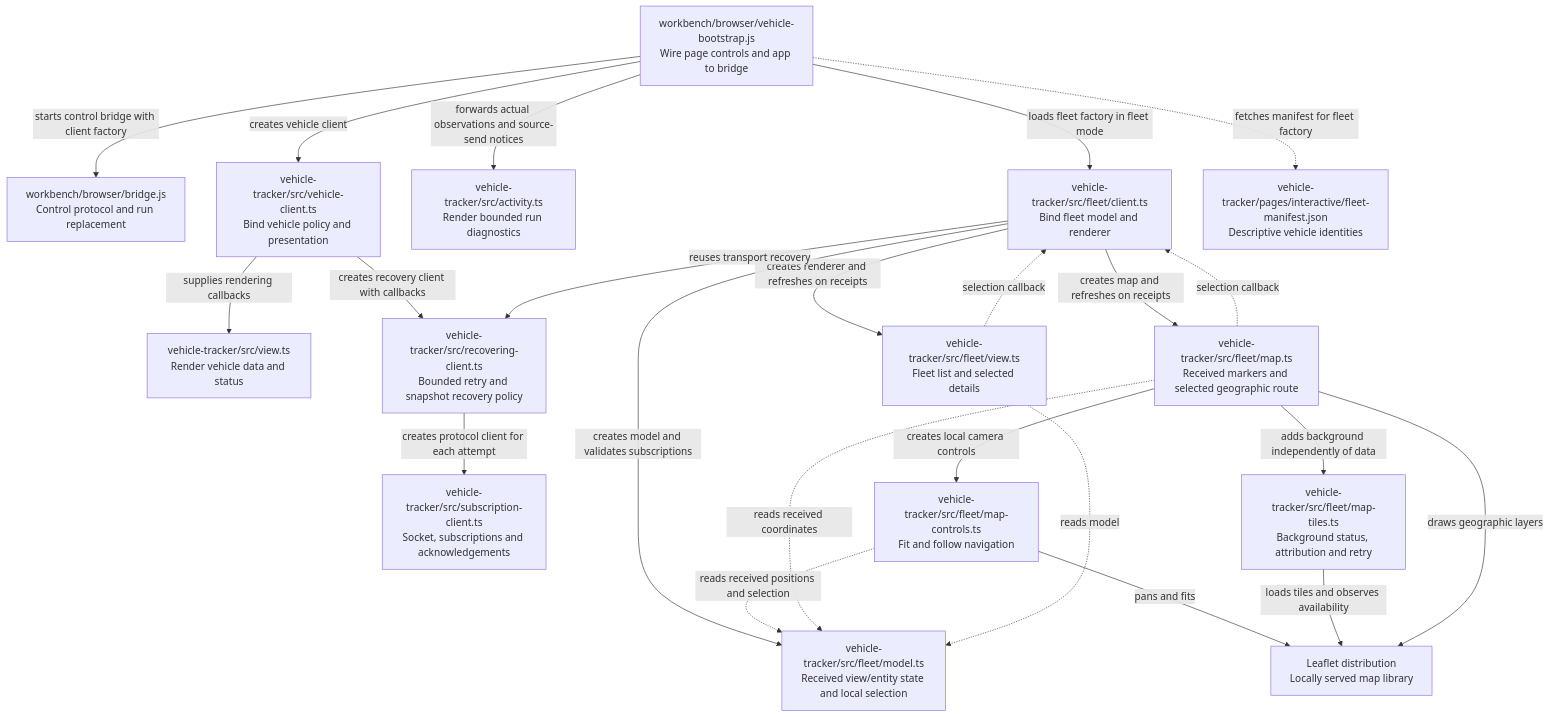
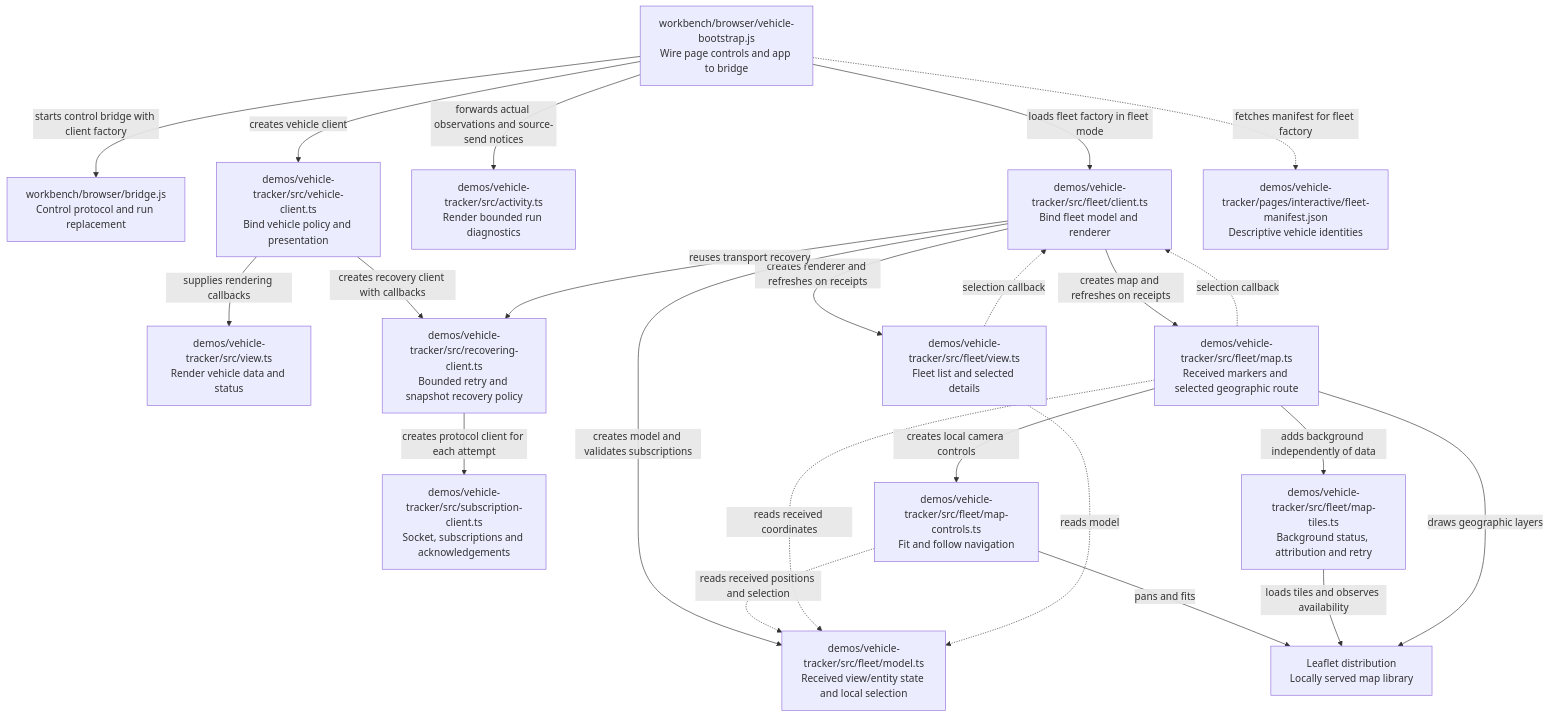
The seventh of 9 diagrams in workbench/docs/source-map.md (sproates/zooglass), drawn with Mermaid before and after one commit. The commit also changed other lines of this file and 63 other files, not shown here.

First line of the commit message:
Move vehicle tracker into demos (#104)

````diff
--- a/workbench/docs/source-map.md
+++ b/workbench/docs/source-map.md
@@ -289,40 +289,40 @@
 ```mermaid
 flowchart TB
   bootstrap["workbench/browser/vehicle-bootstrap.js<br/>Wire page controls and app to bridge"]
   bridge["workbench/browser/bridge.js<br/>Control protocol and run replacement"]
-  client["vehicle-tracker/src/vehicle-client.ts<br/>Bind vehicle policy and presentation"]
-  subscription["vehicle-tracker/src/subscription-client.ts<br/>Socket, subscriptions and acknowledgements"]
-  view["vehicle-tracker/src/view.ts<br/>Render vehicle data and status"]
-  activity["vehicle-tracker/src/activity.ts<br/>Render bounded run diagnostics"]
+  client["demos/vehicle-tracker/src/vehicle-client.ts<br/>Bind vehicle policy and presentation"]
+  subscription["demos/vehicle-tracker/src/subscription-client.ts<br/>Socket, subscriptions and acknowledgements"]
+  view["demos/vehicle-tracker/src/view.ts<br/>Render vehicle data and status"]
+  activity["demos/vehicle-tracker/src/activity.ts<br/>Render bounded run diagnostics"]
   bootstrap -->|forwards actual observations and source-send notices| activity
   bootstrap -->|starts control bridge with client factory| bridge
   bootstrap -->|creates vehicle client| client
-  recovery["vehicle-tracker/src/recovering-client.ts<br/>Bounded retry and snapshot recovery policy"]
+  recovery["demos/vehicle-tracker/src/recovering-client.ts<br/>Bounded retry and snapshot recovery policy"]
   client -->|creates recovery client with callbacks| recovery
   recovery -->|creates protocol client for each attempt| subscription
   client -->|supplies rendering callbacks| view
-  fleet["vehicle-tracker/src/fleet/client.ts<br/>Bind fleet model and renderer"]
-  model["vehicle-tracker/src/fleet/model.ts<br/>Received view/entity state and local selection"]
-  fleetView["vehicle-tracker/src/fleet/view.ts<br/>Fleet list and selected details"]
-  manifest["vehicle-tracker/pages/interactive/fleet-manifest.json<br/>Descriptive vehicle identities"]
+  fleet["demos/vehicle-tracker/src/fleet/client.ts<br/>Bind fleet model and renderer"]
+  model["demos/vehicle-tracker/src/fleet/model.ts<br/>Received view/entity state and local selection"]
+  fleetView["demos/vehicle-tracker/src/fleet/view.ts<br/>Fleet list and selected details"]
+  manifest["demos/vehicle-tracker/pages/interactive/fleet-manifest.json<br/>Descriptive vehicle identities"]
   bootstrap -->|loads fleet factory in fleet mode| fleet
   bootstrap -.->|fetches manifest for fleet factory| manifest
   fleet -->|creates model and validates subscriptions| model
   fleet -->|creates renderer and refreshes on receipts| fleetView
-  fleetMap["vehicle-tracker/src/fleet/map.ts<br/>Received markers and selected geographic route"]
+  fleetMap["demos/vehicle-tracker/src/fleet/map.ts<br/>Received markers and selected geographic route"]
   leaflet["Leaflet distribution<br/>Locally served map library"]
   fleet -->|creates map and refreshes on receipts| fleetMap
-  mapControls["vehicle-tracker/src/fleet/map-controls.ts<br/>Fit and follow navigation"]
-  mapTiles["vehicle-tracker/src/fleet/map-tiles.ts<br/>Background status, attribution and retry"]
+  mapControls["demos/vehicle-tracker/src/fleet/map-controls.ts<br/>Fit and follow navigation"]
+  mapTiles["demos/vehicle-tracker/src/fleet/map-tiles.ts<br/>Background status, attribution and retry"]
   fleetMap -->|creates local camera controls| mapControls
   mapControls -->|pans and fits| leaflet
   mapControls -.->|reads received positions and selection| model
   fleetMap -->|adds background independently of data| mapTiles
   mapTiles -->|loads tiles and observes availability| leaflet
   fleetMap -->|draws geographic layers| leaflet
   fleetMap -.->|reads received coordinates| model
   fleetMap -.->|selection callback| fleet
   fleetView -.->|reads model| model
   fleetView -.->|selection callback| fleet
   fleet -->|reuses transport recovery| recovery
 ```
````
